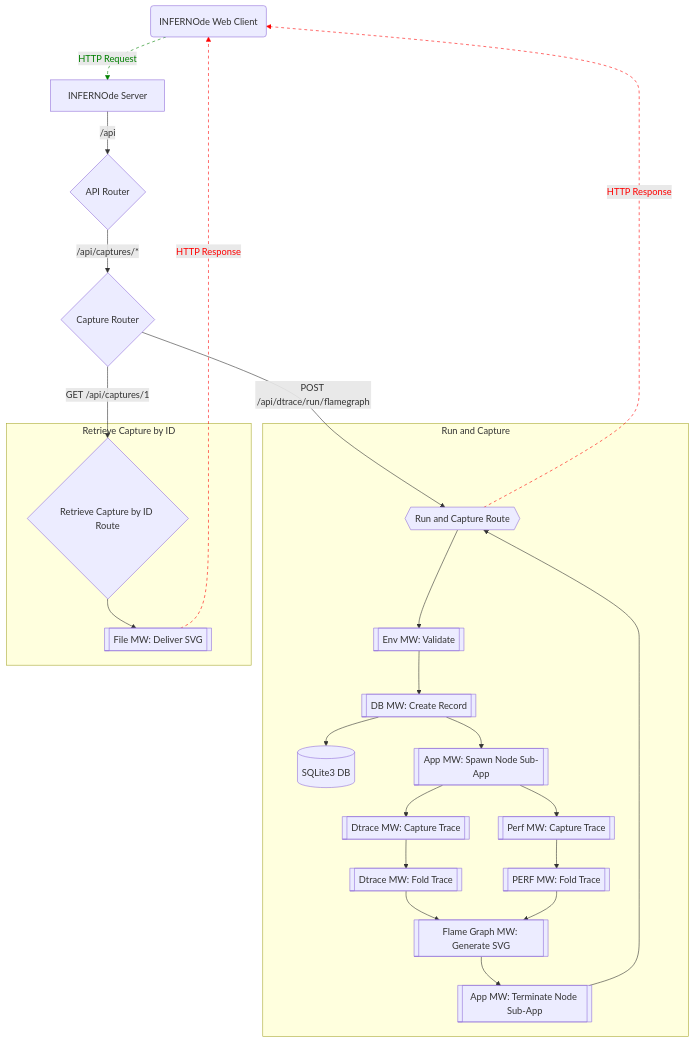
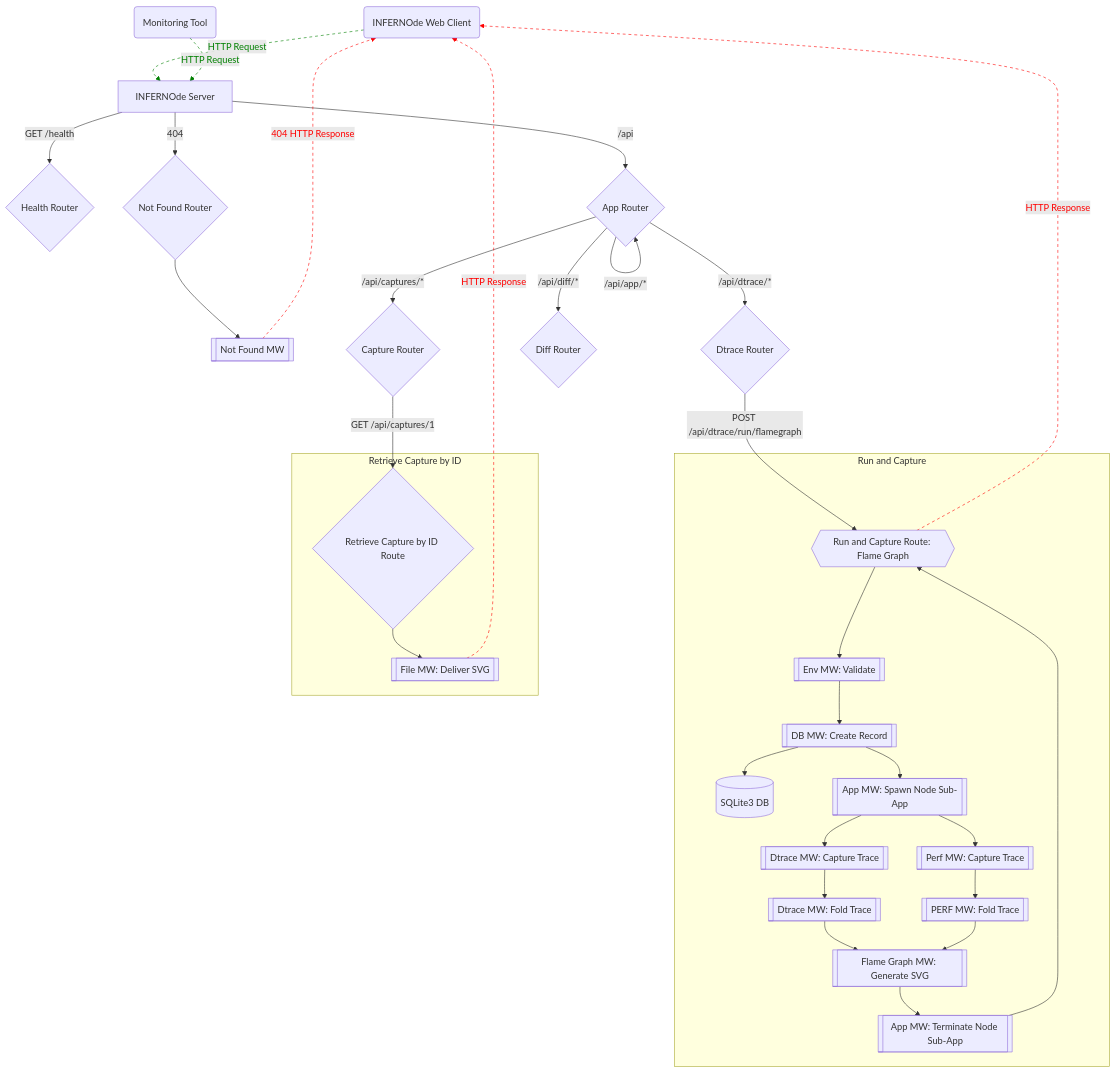
One commit to oslabs-beta/infernode changed the first of 2 diagrams in README.md. Above: the diagram before and after it, drawn with Mermaid.

Commit message:
Add to request flowchart

````diff
--- a/README.md
+++ b/README.md
@@ -50,30 +50,40 @@
 ```mermaid
 graph TD;
     C("INFERNOde Web Client") -.-> |"HTTP Request"| S["INFERNOde Server"];
+    linkStyle 0 stroke:green,color:green,stroke-dasharray: 5 5;
+    CM("Monitoring Tool") -.-> |"HTTP Request"| S
+    linkStyle 1 stroke:green,color:green,stroke-dasharray: 5 5;
+    S --> |"GET /health"| RH{"Health Router"};
     S --> |"/api"| RA{"API Router"};
+    S --> |"404"| RNF{"Not Found Router"};
+    RNF --> MNF[["Not Found MW"]];
+    MNF -.-> |"404 HTTP Response"| C;
+    linkStyle 6 stroke:red,color:red,stroke-dasharray: 5 5;
     RA --> |"/api/captures/*"| RC{"Capture Router"};
-    RC --> |"POST /api/dtrace/run/flamegraph"| RRC{{"Run and Capture Route"}};
+    RA --> |"/api/dtrace/*"| RT{"Dtrace Router"};
+    RA --> |"/api/diff/*"| RD{"Diff Router"};
+    RA --> |"/api/app/*"| RA{"App Router"};
+    RT --> |"POST /api/dtrace/run/flamegraph"|RRC{{"Run and Capture Route: Flame Graph"}};
     subgraph "Run and Capture";
     RRC --> ME[["Env MW: Validate"]];
     ME --> MDB[["DB MW: Create Record"]];
     MDB --> SQL[("SQLite3 DB")];
     MDB --> MA1[["App MW: Spawn Node Sub-App"]];
     MA1 --> MDT1[["Dtrace MW: Capture Trace"]];
     MA1 --> MPT1[["Perf MW: Capture Trace"]];
     MDT1 --> MDT2[["Dtrace MW: Fold Trace"]];
     MPT1 --> MPT2[["PERF MW: Fold Trace"]];
     MDT2 --> MFG[["Flame Graph MW: Generate SVG"]];
     MPT2 --> MFG;
     MFG --> MA2[["App MW: Terminate Node Sub-App"]];
     MA2 --> RRC;
     end;
     RRC -.-> |"HTTP Response"| C;
-    linkStyle 0 stroke:green,color:green,stroke-dasharray: 5 5;
-    linkStyle 16 stroke:red,color:red,stroke-dasharray: 5 5;
+    linkStyle 24 stroke:red,color:red,stroke-dasharray: 5 5;
     RC --> |"GET /api/captures/1"| RCG1{"Retrieve Capture by ID Route"};
     subgraph "Retrieve Capture by ID ";
     RCG1 --> MFD[["File MW: Deliver SVG"]];
     end;
     MFD -.-> |"HTTP Response"| C;
-    linkStyle 19 stroke:red,color:red,stroke-dasharray: 5 5;
+    linkStyle 27 stroke:red,color:red,stroke-dasharray: 5 5;
 ```
````
